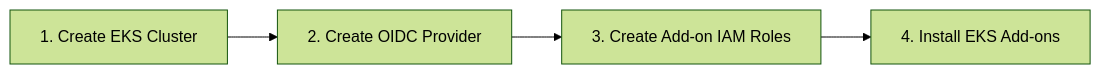
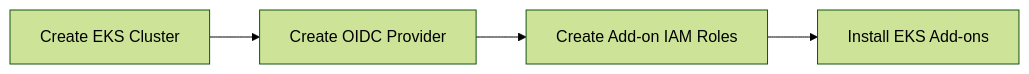
The second of 3 diagrams in architecture.md (chiranj/eks), drawn with Mermaid (forest theme) before and after one commit.

````diff
--- a/architecture.md
+++ b/architecture.md
@@ -37,6 +37,6 @@
 ```mermaid
 flowchart LR
-    A[1. Create EKS Cluster] --> B[2. Create OIDC Provider]
-    B --> C[3. Create Add-on IAM Roles]
-    C --> D[4. Install EKS Add-ons]
+    A[ Create EKS Cluster] --> B[ Create OIDC Provider]
+    B --> C[ Create Add-on IAM Roles]
+    C --> D[ Install EKS Add-ons]
 ```
````
